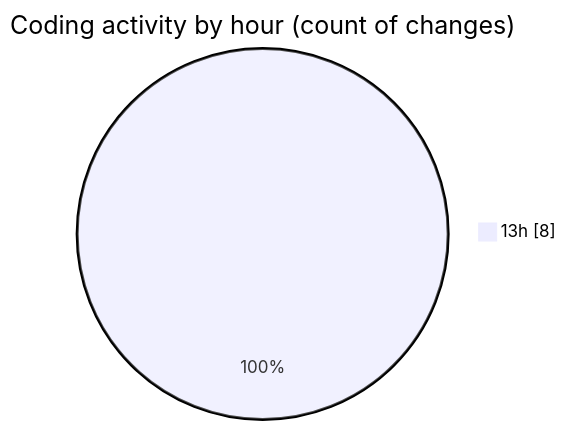
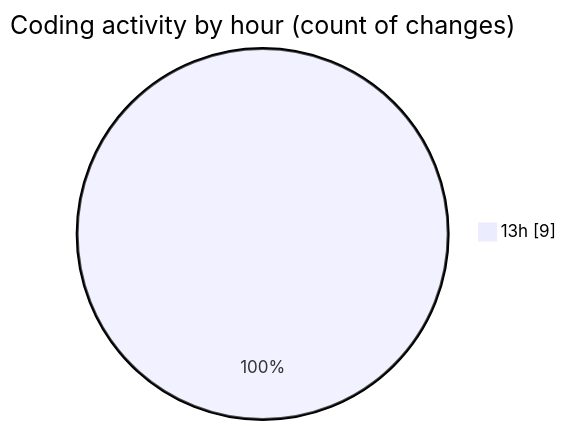
Before and after one commit to IJAZ3593/code-tracking: the second of 2 diagrams in 2026-01-18/e_mail/README.md, drawn with Mermaid. The commit also changed other lines of this file and 1 other file, not shown here.

````diff
--- a/2026-01-18/e_mail/README.md
+++ b/2026-01-18/e_mail/README.md
@@ -32,5 +32,5 @@
 ```mermaid
 pie showData
 title Coding activity by hour (count of changes)
-"13h" : 8
+"13h" : 9
 ```
````
